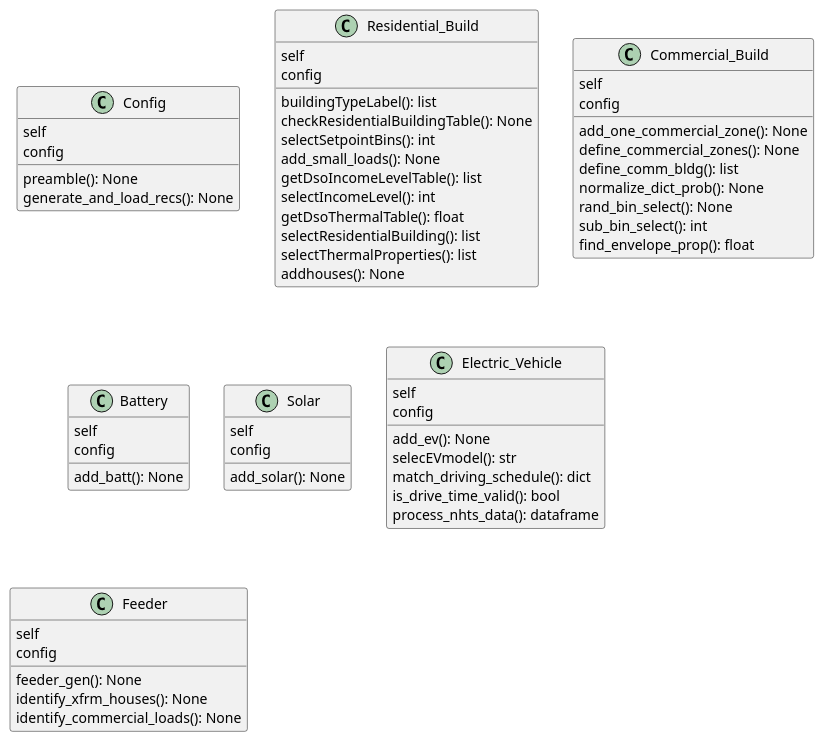
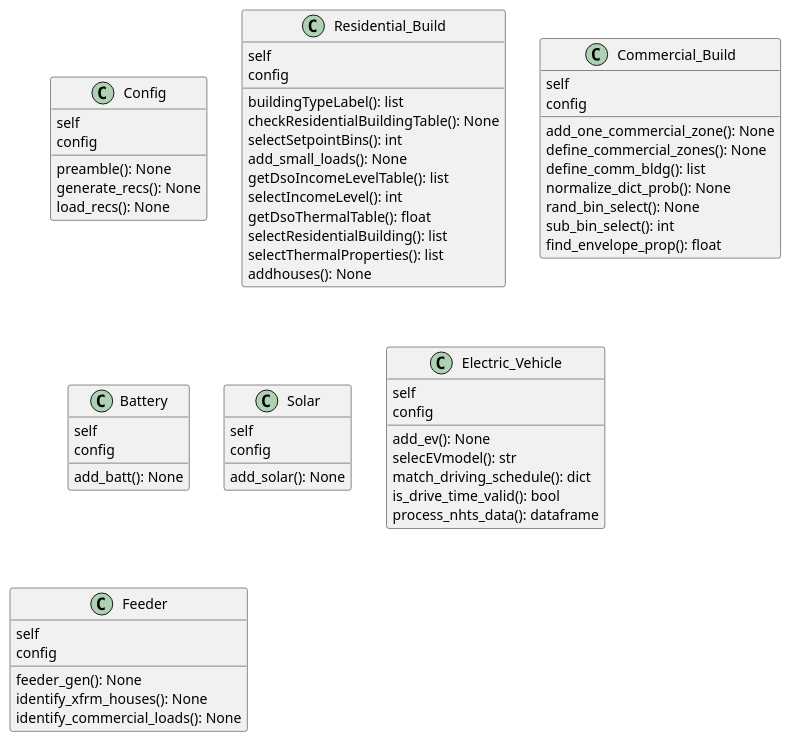
The diagram in doc/design/feeder_generator/gld_residential_feeder_class.wsd (pnnl/tesp), drawn with PlantUML before and after one commit. The commit also changed 2 other files, not shown here.

```diff
--- a/doc/design/feeder_generator/gld_residential_feeder_class.wsd
+++ b/doc/design/feeder_generator/gld_residential_feeder_class.wsd
@@ -1,78 +1,75 @@
 @startuml gld_residential_feeder_class.wsd
 
 class Config {
     self 
     config
 
     preamble(): None
-    generate_and_load_recs(): None
+    generate_recs(): None
+    load_recs(): None
 }
 
 class Residential_Build {
     self
     config
 
     buildingTypeLabel(): list
     checkResidentialBuildingTable(): None 
     selectSetpointBins(): int 
     add_small_loads(): None
     getDsoIncomeLevelTable(): list
     selectIncomeLevel(): int
     getDsoThermalTable(): float
     selectResidentialBuilding(): list
     selectThermalProperties(): list 
     addhouses(): None
 }
 
 class Commercial_Build {
     self
     config
 
     add_one_commercial_zone(): None
     define_commercial_zones(): None
     define_comm_bldg(): list
     normalize_dict_prob(): None
     rand_bin_select(): None
     sub_bin_select(): int
     find_envelope_prop(): float
 }
 
 class Battery {
     self
     config
 
     add_batt(): None
 }
 
 class Solar {
     self
     config
 
     add_solar(): None
 }
 
 class Electric_Vehicle {
     self
     config
 
     add_ev(): None
     selecEVmodel(): str
     match_driving_schedule(): dict
     is_drive_time_valid(): bool
     process_nhts_data(): dataframe
 }
 
 class Feeder {
     self
     config
 
     feeder_gen(): None
     identify_xfrm_houses(): None
     identify_commercial_loads(): None
-
-
-    
-
 }
 
 @enduml
```
